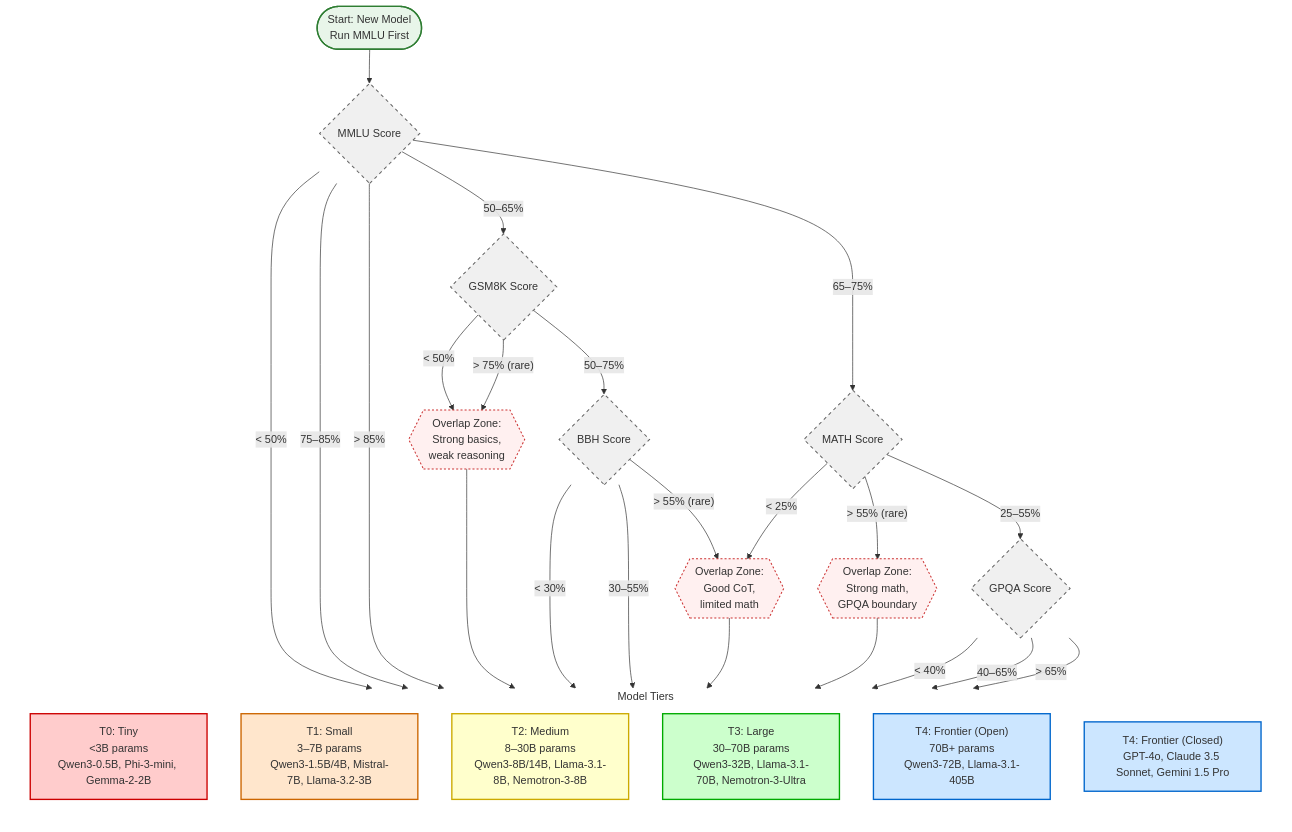
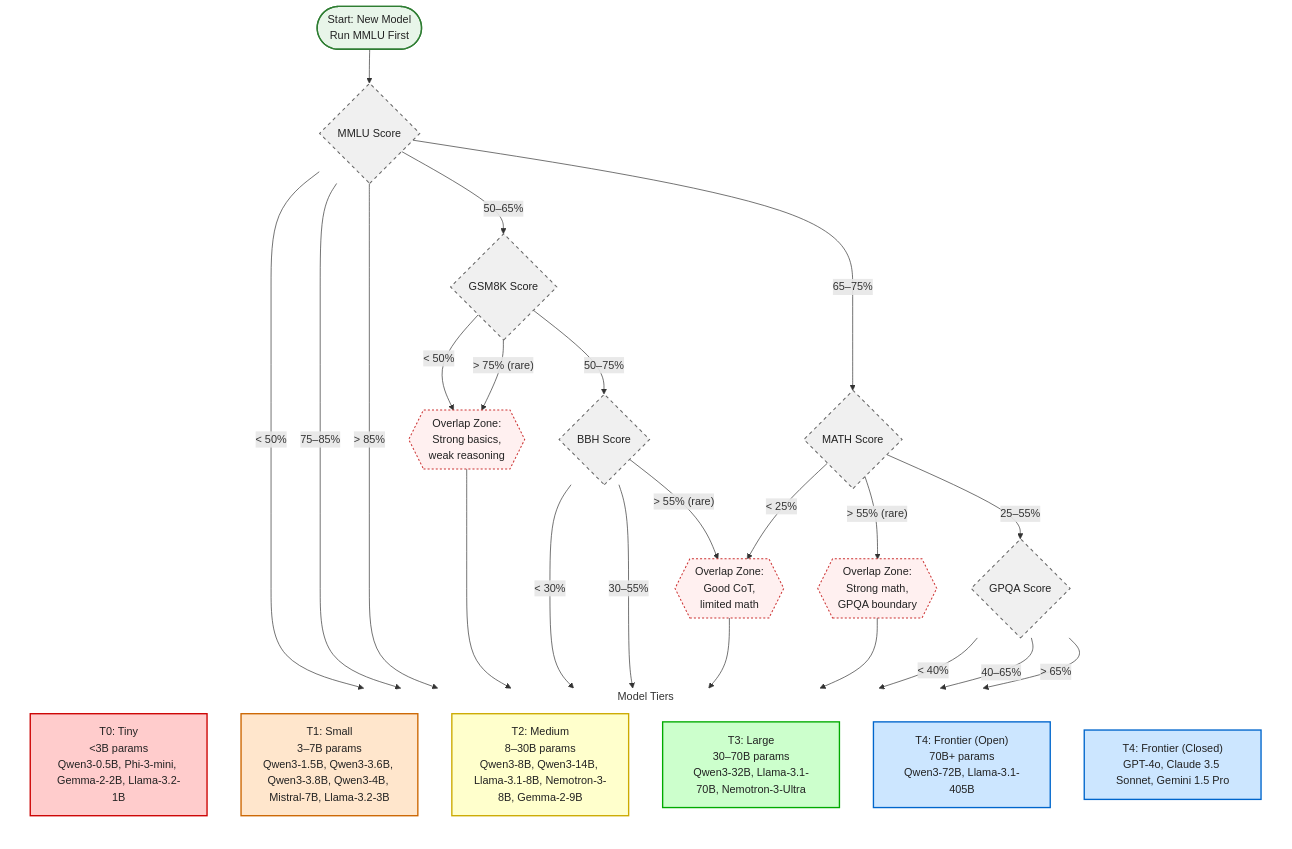
One commit to cjl4hd/engineering-flow-charts changed the first of 2 diagrams in llm-reasoning-benchmarks.md. Above: the diagram before and after it, drawn with Mermaid. The commit also changed other lines of this file, not shown here.

Commit message:
Remove Diagram 2, add Qwen 3.6/3.8, increase font size, fix syntax

````diff
--- a/llm-reasoning-benchmarks.md
+++ b/llm-reasoning-benchmarks.md
@@ -42,78 +42,79 @@
 ```mermaid
+%%{init: {'themeVariables': {'fontSize': '16px'}}}%%
 flowchart TD
     %% ===== LEFT COLUMN: Decision Gates =====
     Start([Start: New Model\nRun MMLU First])
     
     MMLU{MMLU Score}
     GSM8K{GSM8K Score}
     BBH{BBH Score}
     MATH{MATH Score}
     GPQA{GPQA Score}
     
     Overlap1{{Overlap Zone:\nStrong basics,\nweak reasoning}}
     Overlap2{{Overlap Zone:\nGood CoT,\nlimited math}}
     Overlap3{{Overlap Zone:\nStrong math,\nGPQA boundary}}
     
     %% ===== RIGHT COLUMN: Tier Results (aligned vertically) =====
     subgraph TIERS["Model Tiers"]
         direction TB
-        T0[T0: Tiny\n<3B params\nQwen3-0.5B, Phi-3-mini, Gemma-2-2B]
-        T1[T1: Small\n3–7B params\nQwen3-1.5B/4B, Mistral-7B, Llama-3.2-3B]
-        T2[T2: Medium\n8–30B params\nQwen3-8B/14B, Llama-3.1-8B, Nemotron-3-8B]
+        T0[T0: Tiny\n<3B params\nQwen3-0.5B, Phi-3-mini, Gemma-2-2B, Llama-3.2-1B]
+        T1[T1: Small\n3–7B params\nQwen3-1.5B, Qwen3-3.6B, Qwen3-3.8B, Qwen3-4B, Mistral-7B, Llama-3.2-3B]
+        T2[T2: Medium\n8–30B params\nQwen3-8B, Qwen3-14B, Llama-3.1-8B, Nemotron-3-8B, Gemma-2-9B]
         T3[T3: Large\n30–70B params\nQwen3-32B, Llama-3.1-70B, Nemotron-3-Ultra]
         T4open["T4: Frontier (Open)\n70B+ params\nQwen3-72B, Llama-3.1-405B"]
         T4closed["T4: Frontier (Closed)\nGPT-4o, Claude 3.5 Sonnet, Gemini 1.5 Pro"]
     end
     
     %% ===== EDGES =====
     Start --> MMLU
     
     MMLU -- "< 50%" --> T0
     MMLU -- "50–65%" --> GSM8K
     MMLU -- "65–75%" --> MATH
     MMLU -- "75–85%" --> T3
     MMLU -- "> 85%" --> T4closed
     
     GSM8K -- "< 50%" --> Overlap1
     GSM8K -- "50–75%" --> BBH
     GSM8K -- "> 75% (rare)" --> Overlap1
     
     Overlap1 --> T1
     
     BBH -- "< 30%" --> T1
     BBH -- "30–55%" --> T2
     BBH -- "> 55% (rare)" --> Overlap2
     
     Overlap2 --> T2
     
     MATH -- "< 25%" --> Overlap2
     MATH -- "25–55%" --> GPQA
     MATH -- "> 55% (rare)" --> Overlap3
     
     Overlap3 --> T3
     
     GPQA -- "< 40%" --> T3
     GPQA -- "40–65%" --> T4open
     GPQA -- "> 65%" --> T4closed
     
     %% ===== STYLING =====
-    classDef tier0 fill:#ffcccc,stroke:#cc0000,stroke-width:2px,color:#333;
-    classDef tier1 fill:#ffe6cc,stroke:#cc6600,stroke-width:2px,color:#333;
-    classDef tier2 fill:#ffffcc,stroke:#ccaa00,stroke-width:2px,color:#333;
-    classDef tier3 fill:#ccffcc,stroke:#00aa00,stroke-width:2px,color:#333;
-    classDef tier4 fill:#cce6ff,stroke:#0066cc,stroke-width:2px,color:#333;
-    classDef gate fill:#f0f0f0,stroke:#666,stroke-width:1.5px,stroke-dasharray: 5 5,color:#333;
-    classDef overlap fill:#fff0f0,stroke:#cc3333,stroke-width:1.5px,stroke-dasharray: 3 3,color:#333;
-    classDef start fill:#e8f5e9,stroke:#2e7d32,stroke-width:2px,color:#333;
+    classDef tier0 fill:#ffcccc,stroke:#cc0000,stroke-width:2px,color:#222,font-size:16px;
+    classDef tier1 fill:#ffe6cc,stroke:#cc6600,stroke-width:2px,color:#222,font-size:16px;
+    classDef tier2 fill:#ffffcc,stroke:#ccaa00,stroke-width:2px,color:#222,font-size:16px;
+    classDef tier3 fill:#ccffcc,stroke:#00aa00,stroke-width:2px,color:#222,font-size:16px;
+    classDef tier4 fill:#cce6ff,stroke:#0066cc,stroke-width:2px,color:#222,font-size:16px;
+    classDef gate fill:#f0f0f0,stroke:#666,stroke-width:1.5px,stroke-dasharray: 5 5,color:#222,font-size:16px;
+    classDef overlap fill:#fff0f0,stroke:#cc3333,stroke-width:1.5px,stroke-dasharray: 3 3,color:#222,font-size:16px;
+    classDef start fill:#e8f5e9,stroke:#2e7d32,stroke-width:2px,color:#222,font-size:16px;
     classDef tierBox fill:none,stroke:none;
     
     class T0 tier0;
     class T1 tier1;
     class T2 tier2;
     class T3 tier3;
     class T4open,T4closed tier4;
     class MMLU,GSM8K,BBH,MATH,GPQA gate;
     class Overlap1,Overlap2,Overlap3 overlap;
     class Start start;
     class TIERS tierBox;
 ```
````
